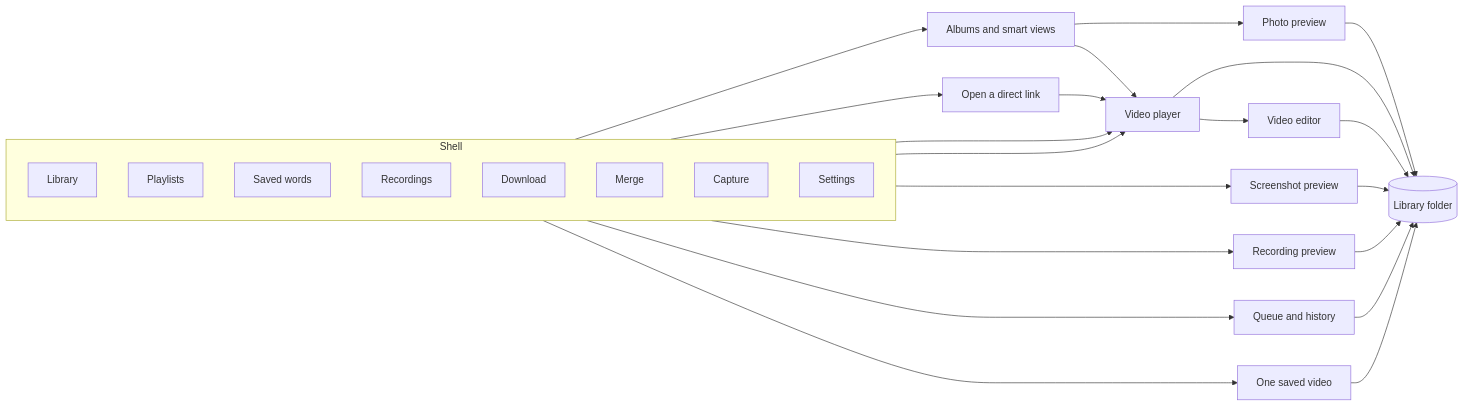
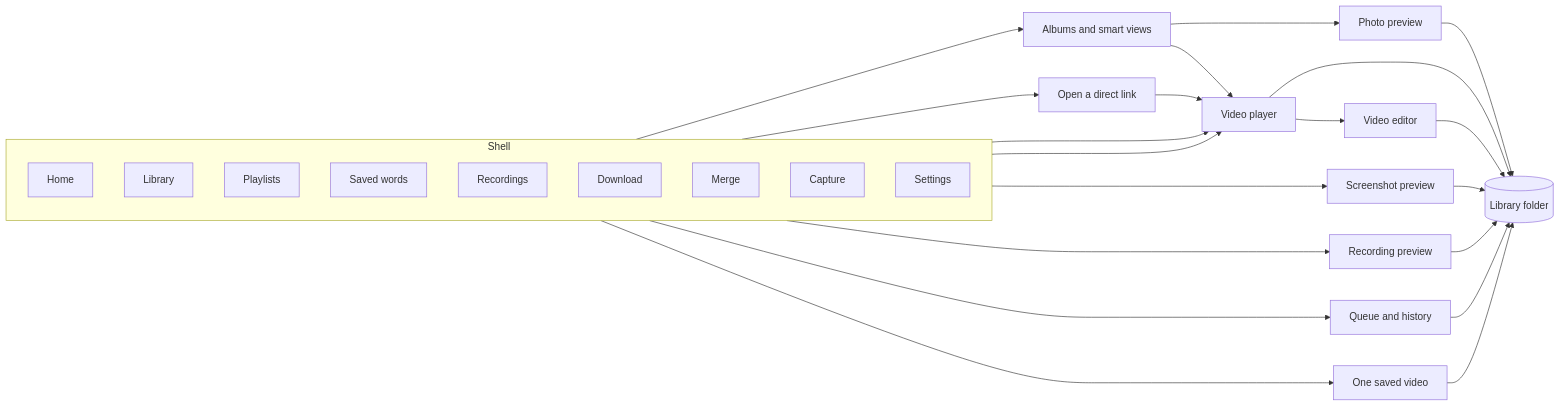
Before and after one commit to YavuzDuman/PersonalMediaPlayer: the diagram in README.md, drawn with Mermaid. The commit also changed other lines of this file and 67 other files, not shown here.

````diff
--- a/README.md
+++ b/README.md
@@ -32,34 +32,35 @@
 ```mermaid
 flowchart LR
   subgraph shell [Shell]
     direction TB
+    Home
     Library
     Playlists
     Words[Saved words]
     Recordings
     Download
     Merge
     Capture
     Settings
   end
 
   Library --> Views[Albums and smart views]
   Library --> Link[Open a direct link]
   Views --> Photo[Photo preview]
   Views --> Player[Video player]
   Link --> Player
   Playlists --> Player
   Words --> Player
   Player --> Editor[Video editor]
   Capture --> Shot[Screenshot preview]
   Recordings --> Take[Recording preview]
   Download --> Queue[Queue and history]
   Merge --> Joined[One saved video]
   Photo --> Folder[(Library folder)]
   Player --> Folder
   Editor --> Folder
   Shot --> Folder
   Take --> Folder
   Queue --> Folder
   Joined --> Folder
 ```
````
